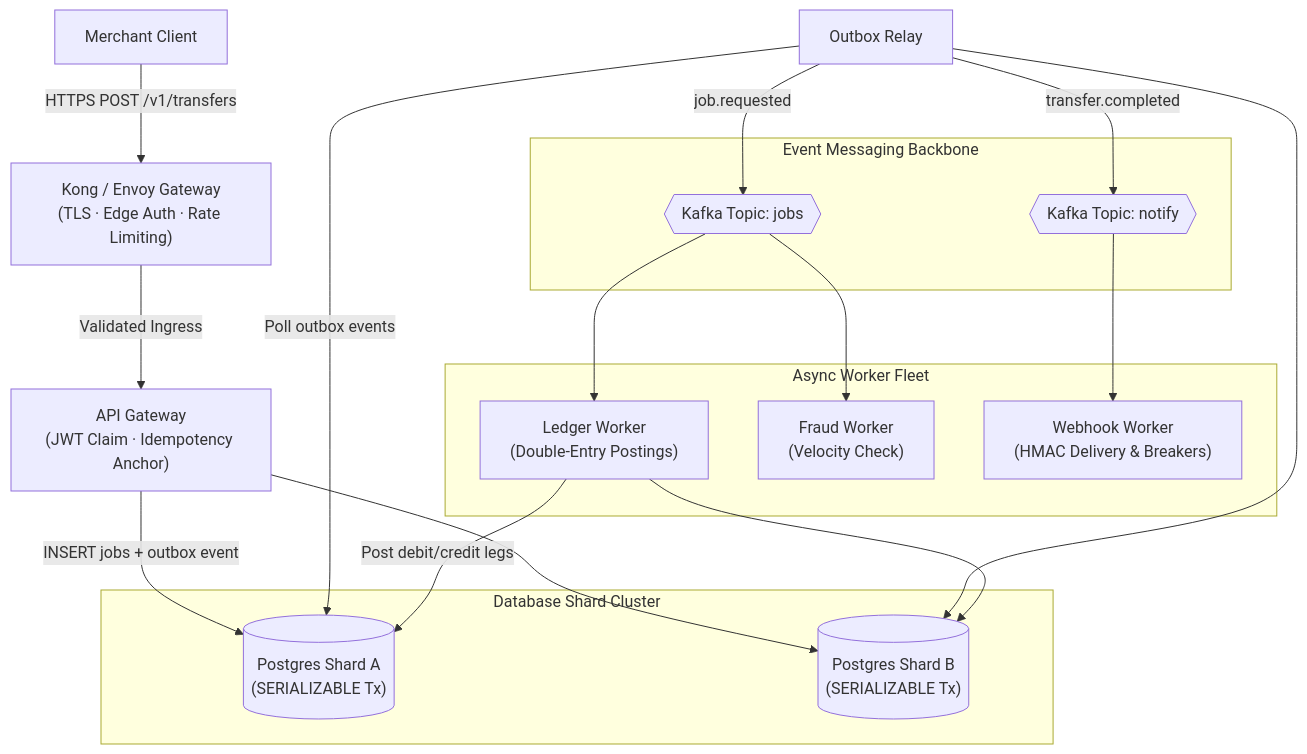
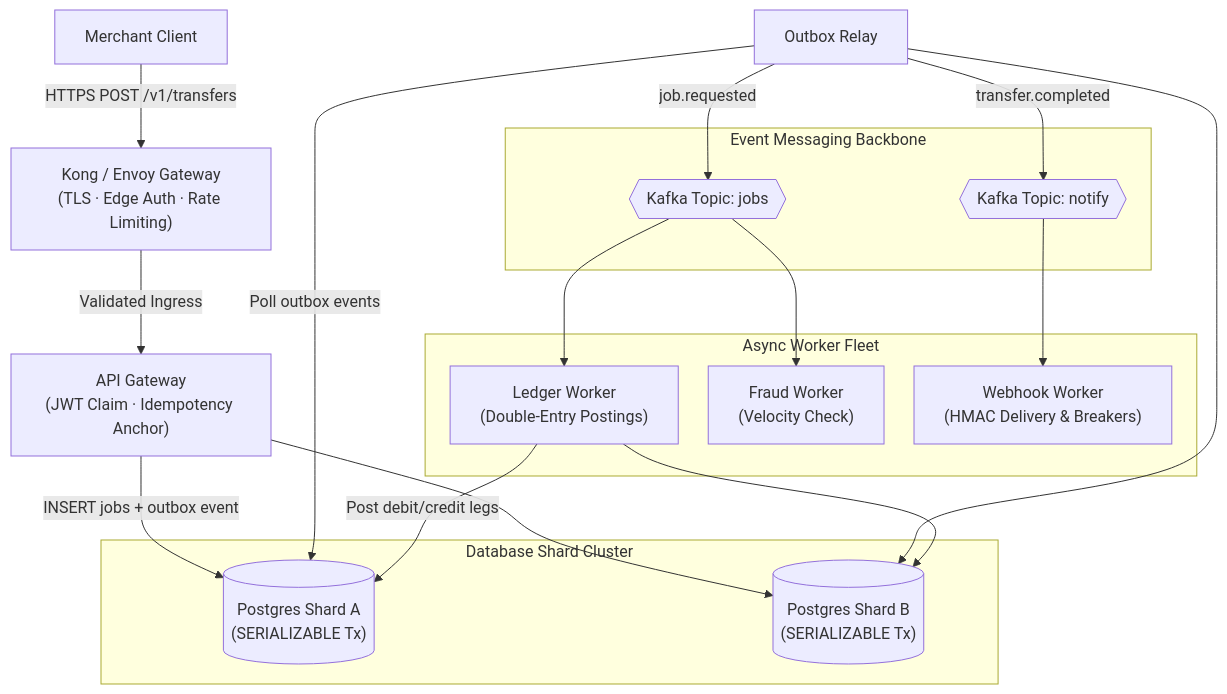
One commit to Joel-Ajayi/river-rust-queue changed the diagram in README.md. Above: the diagram before and after it, drawn with Mermaid. The commit also changed other lines of this file and 1 other file, not shown here.

Commit message:
docs: enable scrollable zoomed mermaid diagrams

````diff
--- a/README.md
+++ b/README.md
@@ -24,42 +29,43 @@
 ```mermaid
+%%{init: {"flowchart": {"useMaxWidth": true, "nodeSpacing": 30, "rankSpacing": 40}}}%%
 graph TD
   merchant["Merchant Client"]
   kong["Kong / Envoy Gateway<br/>(TLS · Edge Auth · Rate Limiting)"]
   gateway["API Gateway<br/>(JWT Claim · Idempotency Anchor)"]
 
   merchant -->|HTTPS POST /v1/transfers| kong
   kong -->|Validated Ingress| gateway
 
   subgraph Database Shard Cluster
     shardA[("Postgres Shard A<br/>(SERIALIZABLE Tx)")]
     shardB[("Postgres Shard B<br/>(SERIALIZABLE Tx)")]
   end
 
   gateway -->|"INSERT jobs + outbox event"| shardA
   gateway --> shardB
 
   relay["Outbox Relay"]
   relay -->|"Poll outbox events"| shardA
   relay --> shardB
 
   subgraph Event Messaging Backbone
     jobsTopic{{"Kafka Topic: jobs"}}
     notifyTopic{{"Kafka Topic: notify"}}
   end
 
   relay -->|job.requested| jobsTopic
   relay -->|transfer.completed| notifyTopic
 
   subgraph Async Worker Fleet
     ledgerWorker["Ledger Worker<br/>(Double-Entry Postings)"]
     fraudWorker["Fraud Worker<br/>(Velocity Check)"]
     webhookWorker["Webhook Worker<br/>(HMAC Delivery & Breakers)"]
   end
 
   jobsTopic --> ledgerWorker
   jobsTopic --> fraudWorker
   notifyTopic --> webhookWorker
 
   ledgerWorker -->|"Post debit/credit legs"| shardA
   ledgerWorker --> shardB
 ```
````
